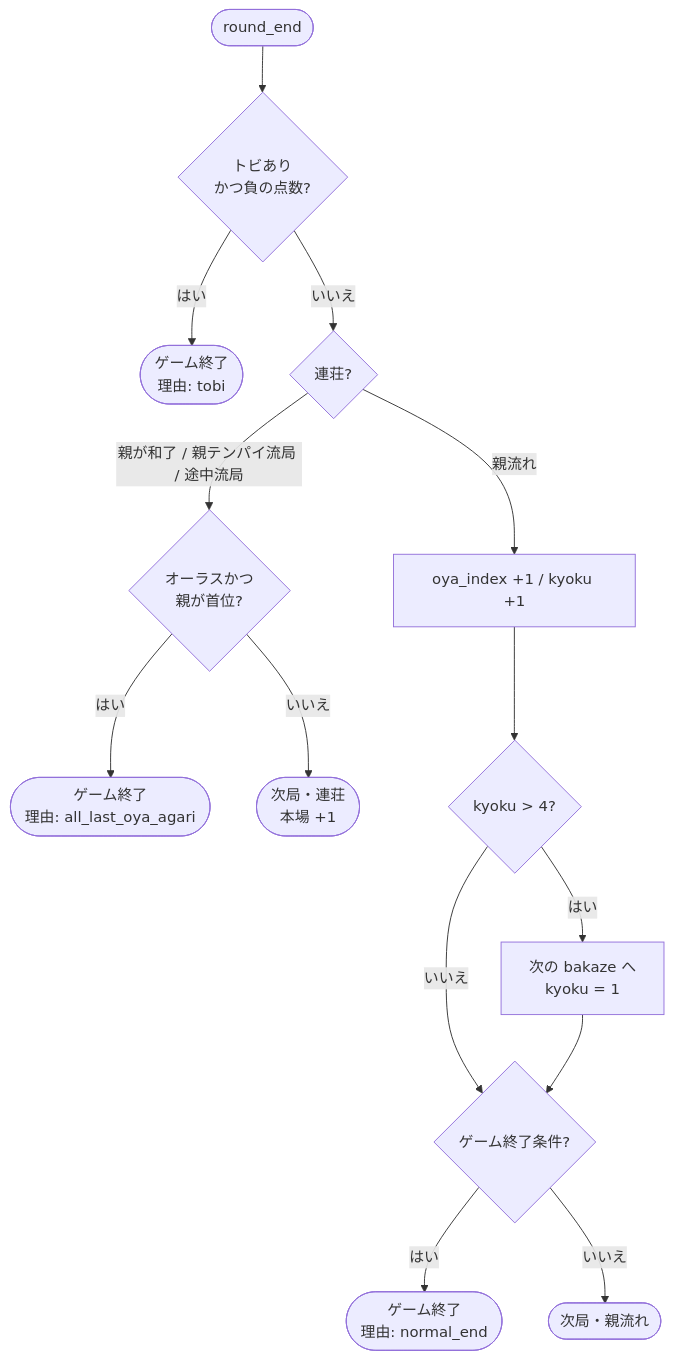
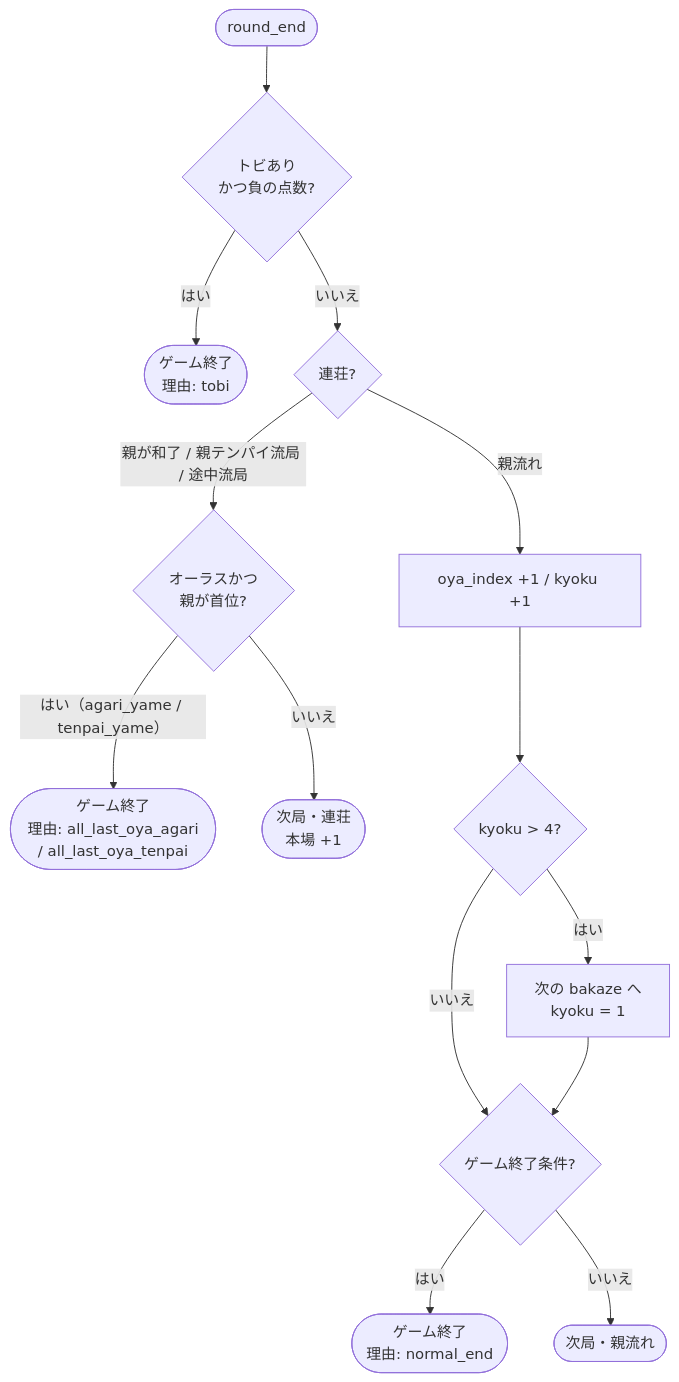
The second of 3 diagrams in docs/state_machine.md (kishima/riichi_engine), drawn with Mermaid before and after one commit. The commit also changed 4 other files, not shown here.

First line of the commit message:
Add agari_yame and tenpai_yame for the end of the last hand

````diff
--- a/docs/state_machine.md
+++ b/docs/state_machine.md
@@ -285,18 +285,18 @@
 ```mermaid
 flowchart TD
     A([round_end]) --> B{"トビあり<br/>かつ負の点数?"}
     B -->|はい| C(["ゲーム終了<br/>理由: tobi"])
     B -->|いいえ| D{連荘?}
 
     D -->|"親が和了 / 親テンパイ流局 / 途中流局"| E{"オーラスかつ<br/>親が首位?"}
-    E -->|はい| F(["ゲーム終了<br/>理由: all_last_oya_agari"])
+    E -->|"はい（agari_yame / tenpai_yame）"| F(["ゲーム終了<br/>理由: all_last_oya_agari<br/>/ all_last_oya_tenpai"])
     E -->|いいえ| G(["次局・連荘<br/>本場 +1"])
 
     D -->|親流れ| H["oya_index +1 / kyoku +1"]
     H --> I{kyoku > 4?}
     I -->|はい| J["次の bakaze へ<br/>kyoku = 1"]
     I -->|いいえ| K{ゲーム終了条件?}
     J --> K
     K -->|はい| L(["ゲーム終了<br/>理由: normal_end"])
     K -->|いいえ| M([次局・親流れ])
 ```
````
